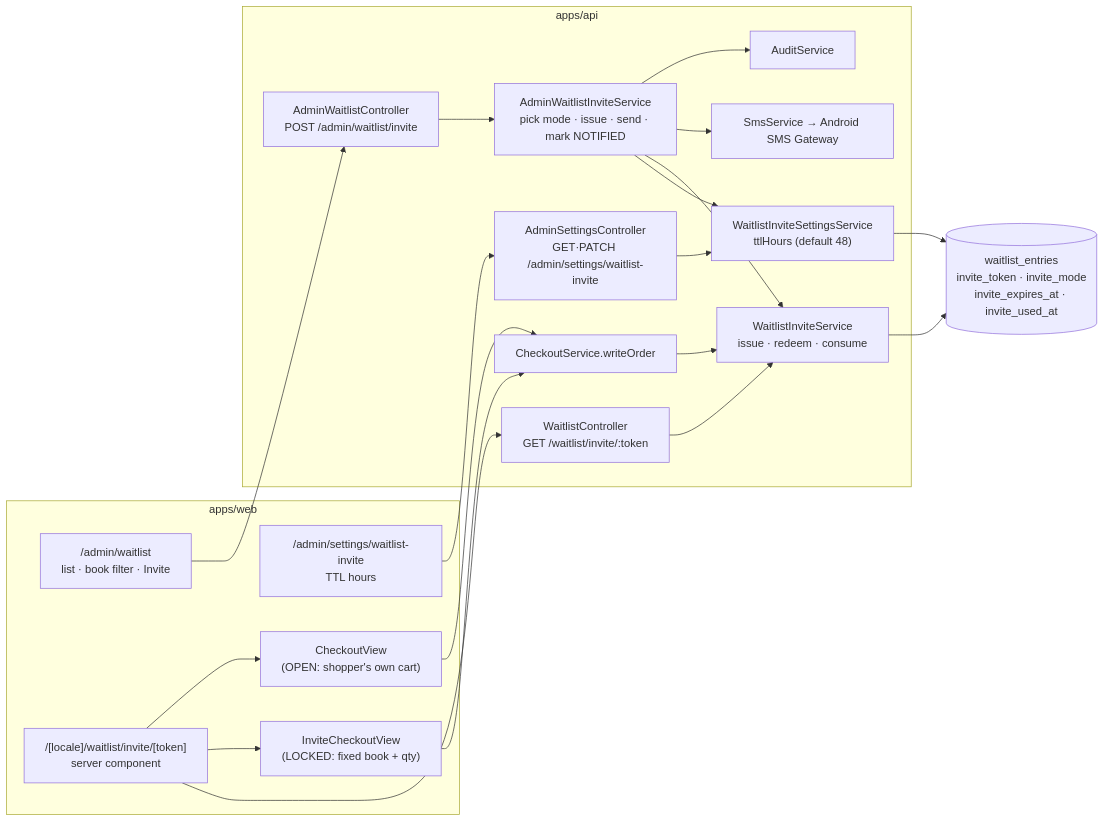
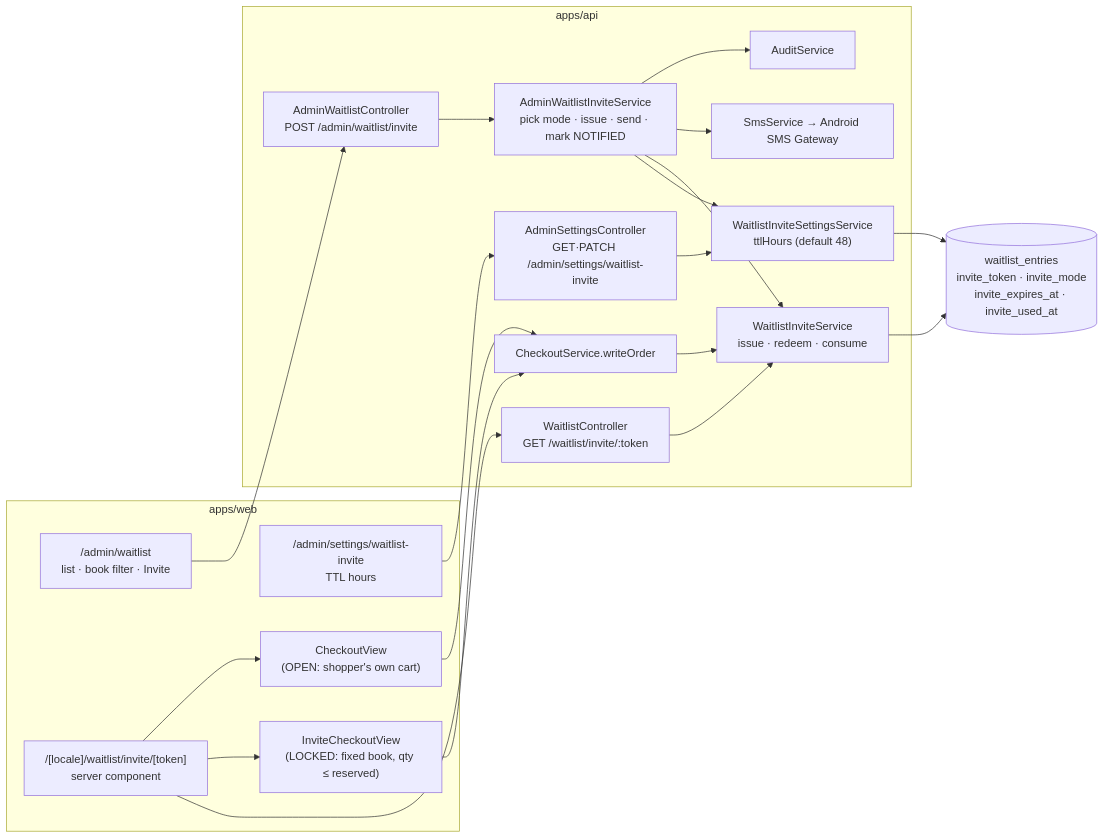
Before and after one commit to mrahmann0010/Sakura-Book: the first of 3 diagrams in docs/waitlist-invite-flow.md, drawn with Mermaid. The commit also changed other lines of this file and 7 other files, not shown here.

First line of the commit message:
Let a LOCKED invite be redeemed for fewer copies than it reserved

````diff
--- a/docs/waitlist-invite-flow.md
+++ b/docs/waitlist-invite-flow.md
@@ -12,39 +12,39 @@
 ```mermaid
 flowchart LR
   subgraph web["apps/web"]
     AdminList["/admin/waitlist<br/>list · book filter · Invite"]
     AdminTtl["/admin/settings/waitlist-invite<br/>TTL hours"]
     Landing["/[locale]/waitlist/invite/[token]<br/>server component"]
-    LockedView["InviteCheckoutView<br/>(LOCKED: fixed book + qty)"]
+    LockedView["InviteCheckoutView<br/>(LOCKED: fixed book, qty ≤ reserved)"]
     OpenView["CheckoutView<br/>(OPEN: shopper's own cart)"]
   end
 
   subgraph api["apps/api"]
     AdminCtl["AdminWaitlistController<br/>POST /admin/waitlist/invite"]
     SettingsCtl["AdminSettingsController<br/>GET·PATCH /admin/settings/waitlist-invite"]
     InviteSvc["AdminWaitlistInviteService<br/>pick mode · issue · send · mark NOTIFIED"]
     TokenSvc["WaitlistInviteService<br/>issue · redeem · consume"]
     TtlSvc["WaitlistInviteSettingsService<br/>ttlHours (default 48)"]
     Sms["SmsService → Android SMS Gateway"]
     PublicCtl["WaitlistController<br/>GET /waitlist/invite/:token"]
     Checkout["CheckoutService.writeOrder"]
     Audit["AuditService"]
   end
 
   DB[("waitlist_entries<br/>invite_token · invite_mode<br/>invite_expires_at · invite_used_at")]
 
   AdminList --> AdminCtl --> InviteSvc
   AdminTtl --> SettingsCtl --> TtlSvc
   InviteSvc --> TtlSvc
   InviteSvc --> TokenSvc
   InviteSvc --> Sms
   InviteSvc --> Audit
   TokenSvc --> DB
   TtlSvc --> DB
   Landing --> PublicCtl --> TokenSvc
   Landing --> LockedView
   Landing --> OpenView
   LockedView --> Checkout
   OpenView --> Checkout
   Checkout --> TokenSvc
 ```
````
